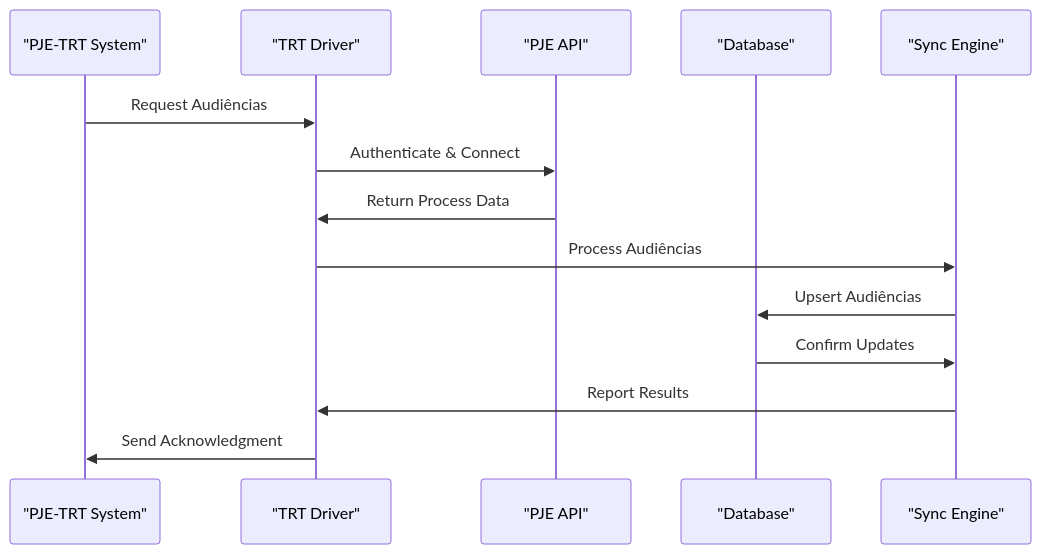
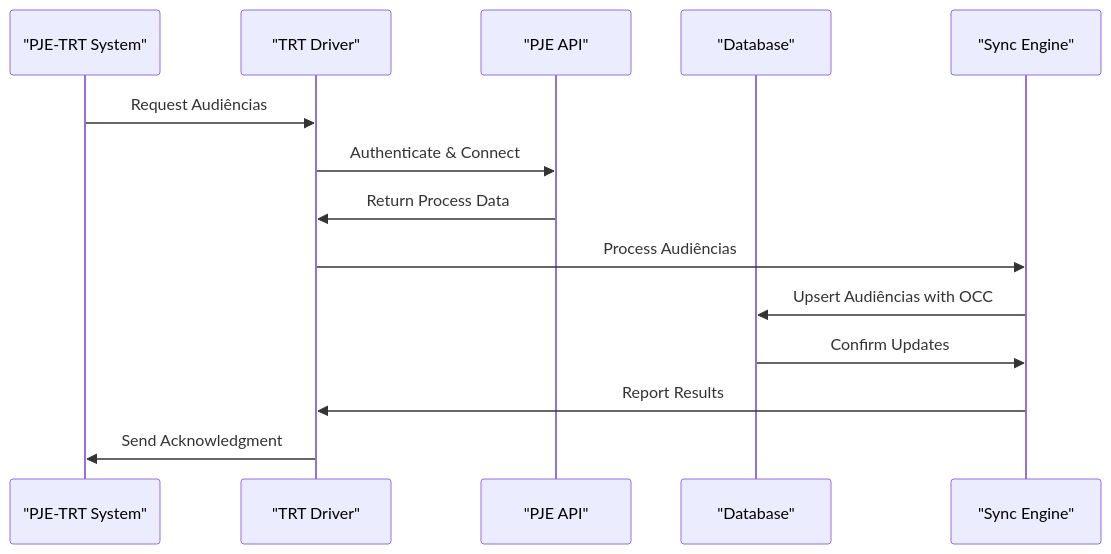
Before and after one commit to SinesysTech/zattar-os: diagram 16 of 35 in .qoder/repowiki/en/content/Audiência Management.md, drawn with Mermaid. The commit also changed other lines of this file and 14 other files, not shown here.

````diff
--- a/.qoder/repowiki/en/content/Audiência Management.md
+++ b/.qoder/repowiki/en/content/Audiência Management.md
@@ -732,16 +957,16 @@
 ```mermaid
 sequenceDiagram
 participant PJE as "PJE-TRT System"
 participant Driver as "TRT Driver"
 participant API as "PJE API"
 participant DB as "Database"
 participant Sync as "Sync Engine"
 PJE->>Driver : Request Audiências
 Driver->>API : Authenticate & Connect
 API->>Driver : Return Process Data
 Driver->>Sync : Process Audiências
-Sync->>DB : Upsert Audiências
+Sync->>DB : Upsert Audiências with OCC
 DB->>Sync : Confirm Updates
 Sync->>Driver : Report Results
 Driver->>PJE : Send Acknowledgment
 ```
````
